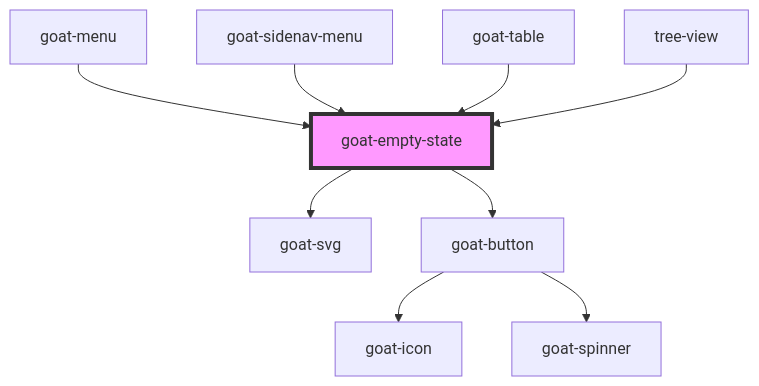
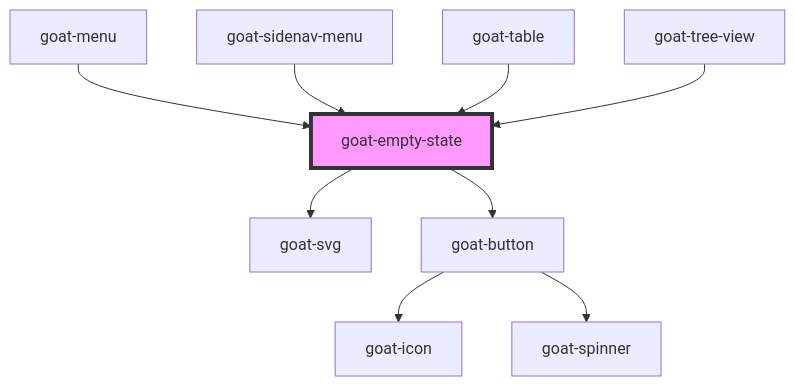
Before and after one commit to goatui/components: the diagram in src/components/data-display/empty-state/readme.md, drawn with Mermaid. The commit also changed other lines of this file and 34 other files, not shown here.

Commit message:
tree view implementation

````diff
--- a/src/components/data-display/empty-state/readme.md
+++ b/src/components/data-display/empty-state/readme.md
@@ -36,12 +36,12 @@
 ```mermaid
 graph TD;
   goat-empty-state --> goat-svg
   goat-empty-state --> goat-button
   goat-button --> goat-icon
   goat-button --> goat-spinner
   goat-menu --> goat-empty-state
   goat-sidenav-menu --> goat-empty-state
   goat-table --> goat-empty-state
-  tree-view --> goat-empty-state
+  goat-tree-view --> goat-empty-state
   style goat-empty-state fill:#f9f,stroke:#333,stroke-width:4px
 ```
````
